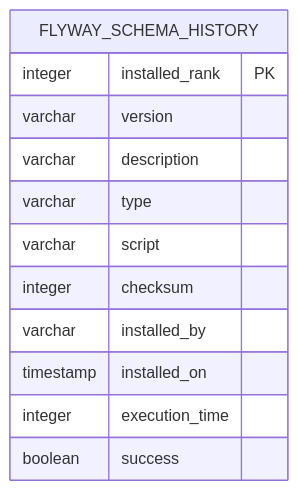
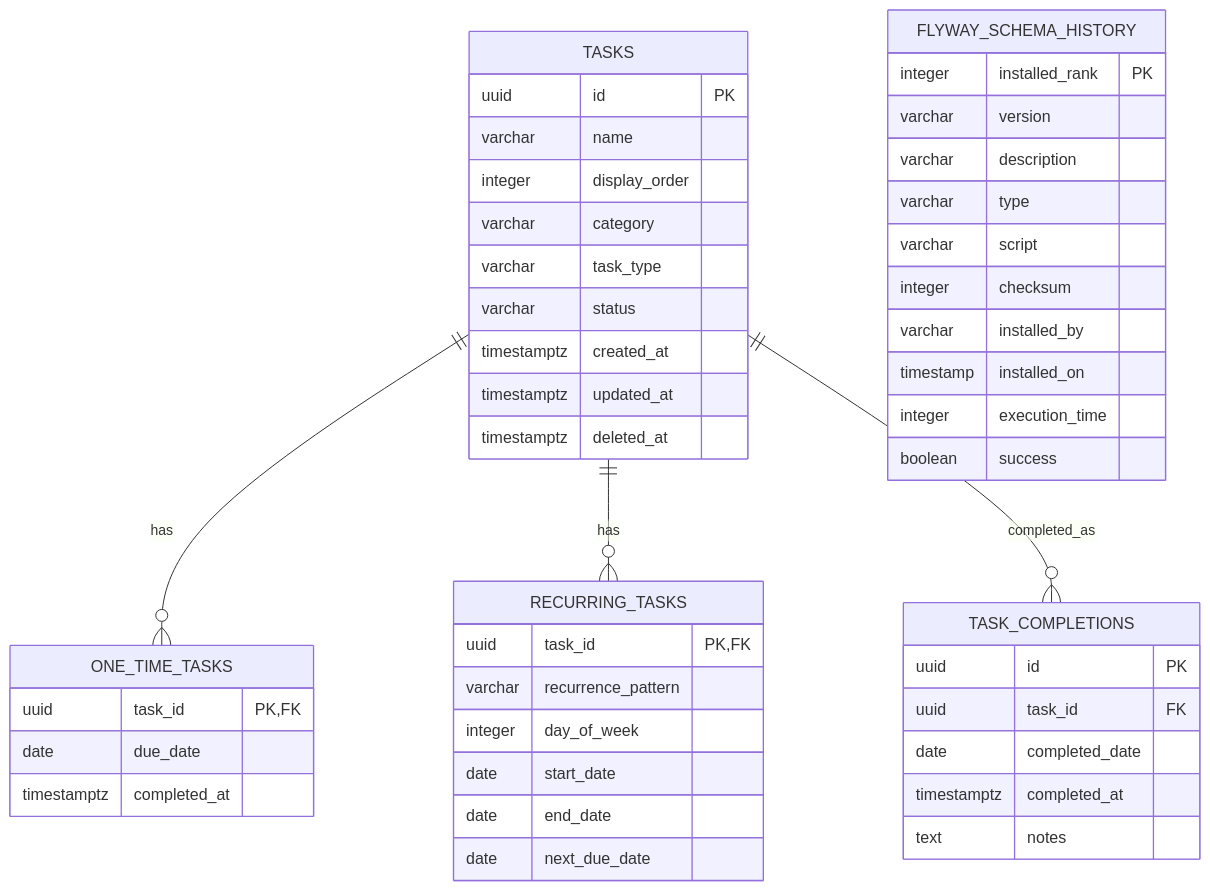
Before and after one commit to programujzai/webinar-demo: the diagram in AI_DOCS/db_documentation.md, drawn with Mermaid. The commit also changed other lines of this file and 20 other files, not shown here.

````diff
--- a/AI_DOCS/db_documentation.md
+++ b/AI_DOCS/db_documentation.md
@@ -77,15 +171,54 @@
 ```mermaid
 erDiagram
+    TASKS {
+        uuid id PK
+        varchar name
+        integer display_order
+        varchar category
+        varchar task_type
+        varchar status
+        timestamptz created_at
+        timestamptz updated_at
+        timestamptz deleted_at
+    }
+    
+    ONE_TIME_TASKS {
+        uuid task_id PK,FK
+        date due_date
+        timestamptz completed_at
+    }
+    
+    RECURRING_TASKS {
+        uuid task_id PK,FK
+        varchar recurrence_pattern
+        integer day_of_week
+        date start_date
+        date end_date
+        date next_due_date
+    }
+    
+    TASK_COMPLETIONS {
+        uuid id PK
+        uuid task_id FK
+        date completed_date
+        timestamptz completed_at
+        text notes
+    }
+    
     FLYWAY_SCHEMA_HISTORY {
         integer installed_rank PK
         varchar version
         varchar description
         varchar type
         varchar script
         integer checksum
         varchar installed_by
         timestamp installed_on
         integer execution_time
         boolean success
     }
+    
+    TASKS ||--o{ ONE_TIME_TASKS : "has"
+    TASKS ||--o{ RECURRING_TASKS : "has"
+    TASKS ||--o{ TASK_COMPLETIONS : "completed_as"
 ```
````
